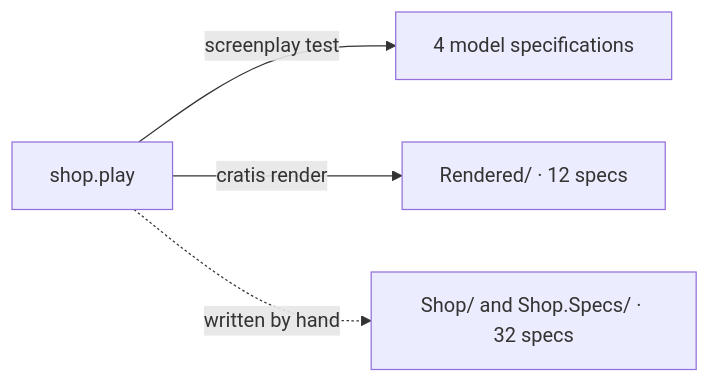
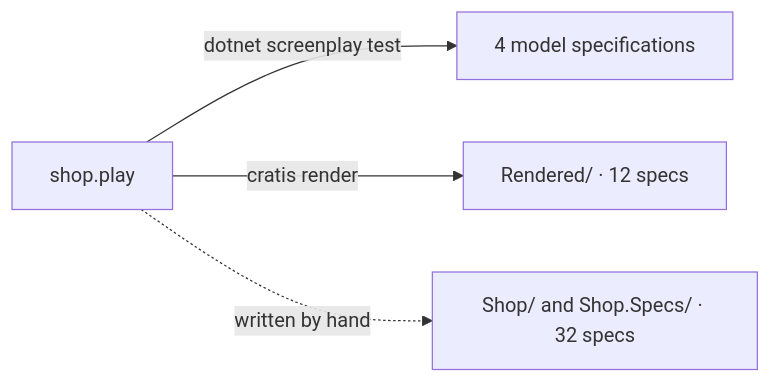
Before and after one commit to Cratis/Documentation: the diagram in web/src/content/docs/generated-values.mdx, drawn with Mermaid. The commit also changed other lines of this file, not shown here.

````diff
--- a/web/src/content/docs/generated-values.mdx
+++ b/web/src/content/docs/generated-values.mdx
@@ -36,6 +36,6 @@
 ```mermaid
 flowchart LR
-    model["shop.play"] -->|screenplay test| evaluator["4 model specifications"]
+    model["shop.play"] -->|dotnet screenplay test| evaluator["4 model specifications"]
     model -->|cratis render| rendered["Rendered/ · 12 specs"]
     model -.->|written by hand| shop["Shop/ and Shop.Specs/ · 32 specs"]
 ```
````
